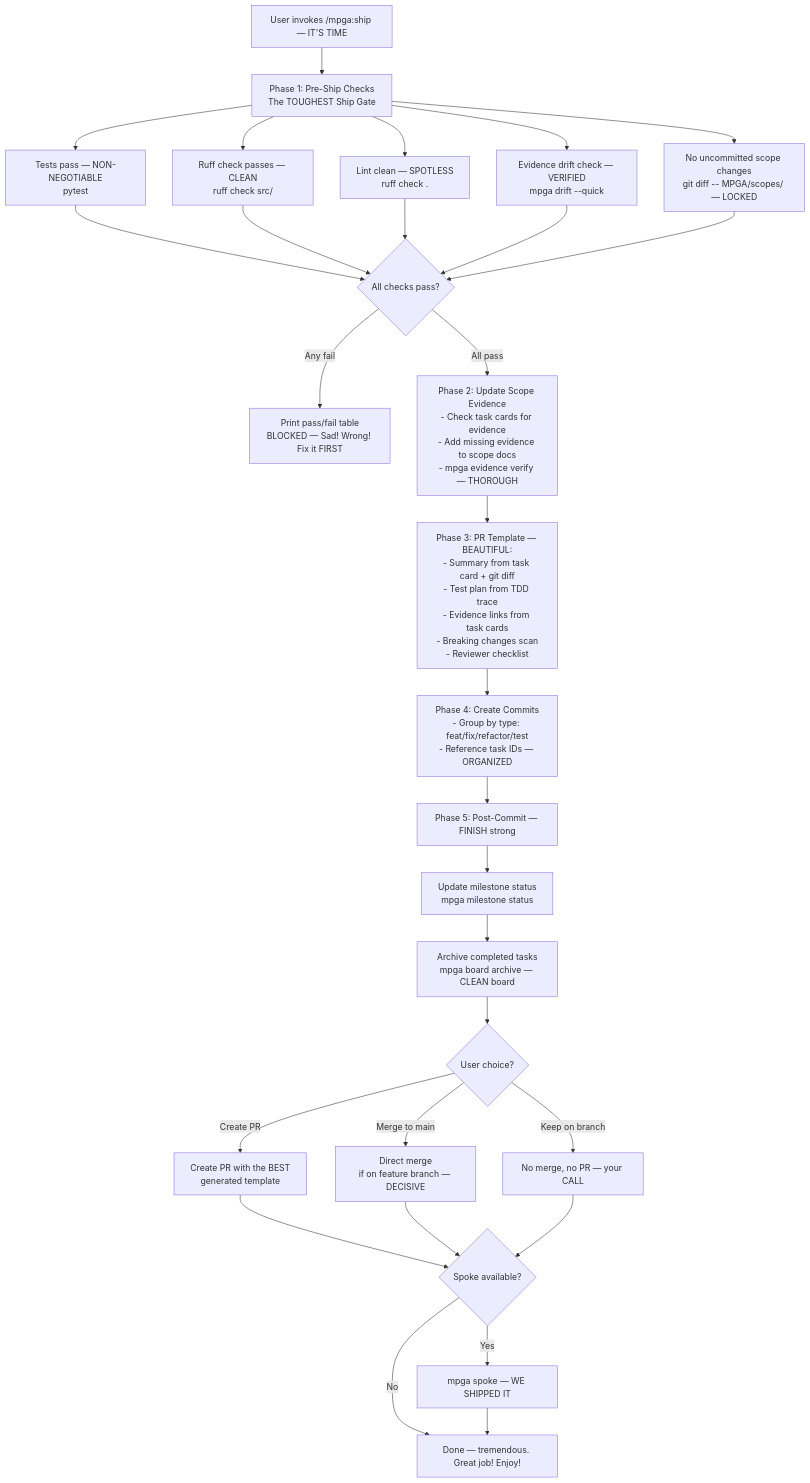
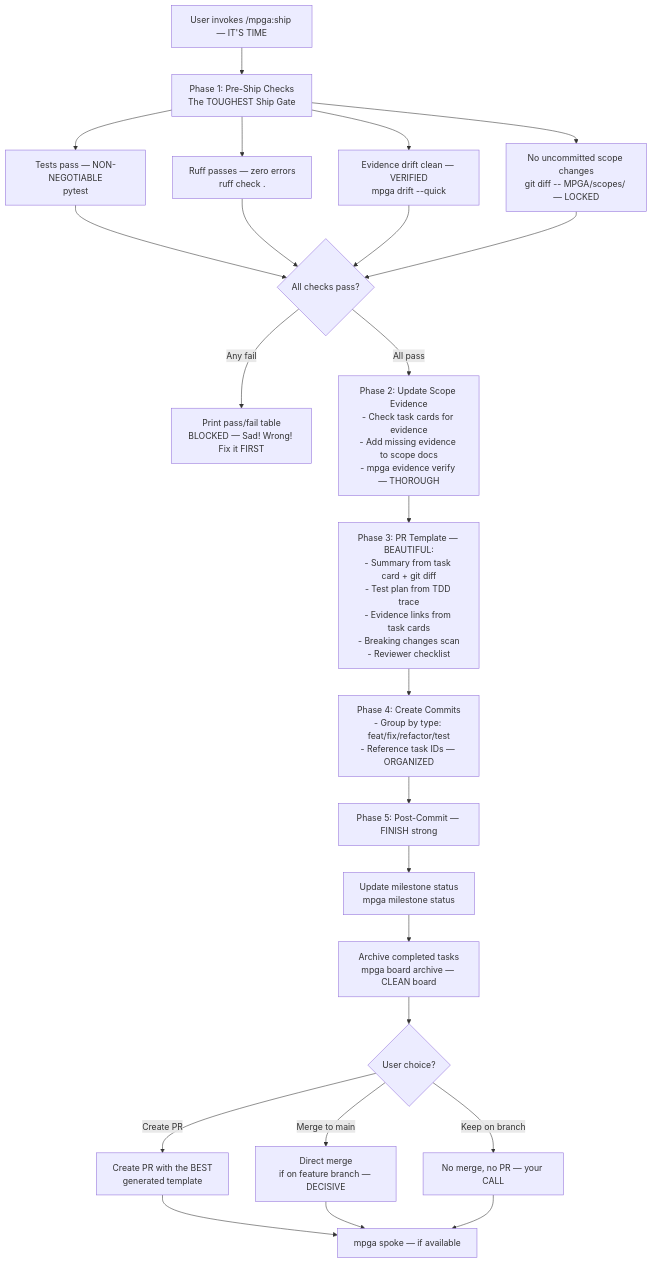
The diagram in docs/diagrams/skills/ship.md (benrben/MPGA), drawn with Mermaid before and after one commit. The commit also changed 73 other files, not shown here.

First line of the commit message:
refactor: standardize mpga spoke references across agents and skills

````diff
--- a/docs/diagrams/skills/ship.md
+++ b/docs/diagrams/skills/ship.md
@@ -5,38 +5,33 @@
 ```mermaid
 flowchart TD
     A[User invokes /mpga:ship — IT'S TIME] --> B["Phase 1: Pre-Ship Checks\nThe TOUGHEST Ship Gate"]
 
     B --> C[Tests pass — NON-NEGOTIABLE\npytest]
-    B --> D[Ruff check passes — CLEAN\nruff check src/]
-    B --> E[Lint clean — SPOTLESS\nruff check .]
-    B --> F[Evidence drift check — VERIFIED\nmpga drift --quick]
-    B --> G["No uncommitted scope changes\ngit diff -- MPGA/scopes/ — LOCKED"]
+    B --> D[Ruff passes — zero errors\nruff check .]
+    B --> E[Evidence drift clean — VERIFIED\nmpga drift --quick]
+    B --> F["No uncommitted scope changes\ngit diff -- MPGA/scopes/ — LOCKED"]
 
     C --> H{All checks pass?}
     D --> H
     E --> H
     F --> H
-    G --> H
 
     H -->|Any fail| I["Print pass/fail table\nBLOCKED — Sad! Wrong! Fix it FIRST"]
     H -->|All pass| J["Phase 2: Update Scope Evidence\n- Check task cards for evidence\n- Add missing evidence to scope docs\n- mpga evidence verify — THOROUGH"]
 
     J --> K["Phase 3: PR Template — BEAUTIFUL:\n- Summary from task card + git diff\n- Test plan from TDD trace\n- Evidence links from task cards\n- Breaking changes scan\n- Reviewer checklist"]
 
     K --> L["Phase 4: Create Commits\n- Group by type: feat/fix/refactor/test\n- Reference task IDs — ORGANIZED"]
 
     L --> M["Phase 5: Post-Commit — FINISH strong"]
     M --> N[Update milestone status\nmpga milestone status]
     N --> O[Archive completed tasks\nmpga board archive — CLEAN board]
     O --> P{User choice?}
     P -->|Create PR| Q[Create PR with the BEST\ngenerated template]
     P -->|Merge to main| R[Direct merge\nif on feature branch — DECISIVE]
     P -->|Keep on branch| S[No merge, no PR — your CALL]
 
-    Q --> T{Spoke available?}
+    Q --> T[mpga spoke — if available]
     R --> T
     S --> T
-    T -->|Yes| U[mpga spoke — WE SHIPPED IT]
-    T -->|No| V[Done — tremendous. Great job! Enjoy!]
-    U --> V
 ```
````
